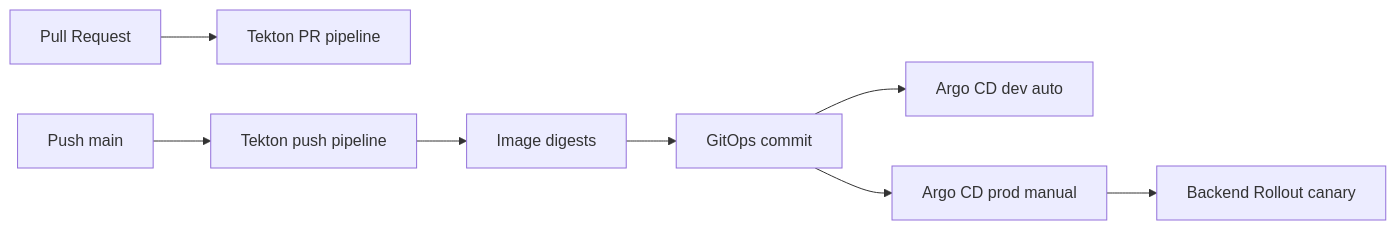
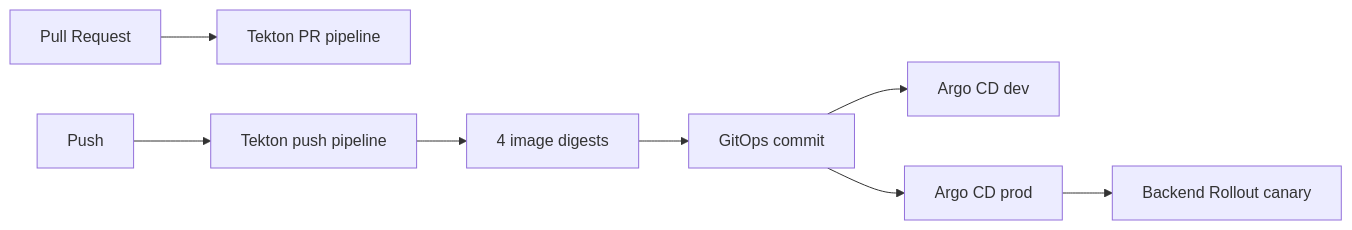
Before and after one commit to Lindagh1/packmate-agent: the second of 2 diagrams in docs/ARCHITECTURE.md, drawn with Mermaid. The commit also changed other lines of this file and 8 other files, not shown here.

````diff
--- a/docs/ARCHITECTURE.md
+++ b/docs/ARCHITECTURE.md
@@ -34,10 +60,10 @@
 ```mermaid
 flowchart LR
   PR[Pull Request] --> TektonPR[Tekton PR pipeline]
-  Push[Push main] --> TektonPush[Tekton push pipeline]
-  TektonPush --> Images[Image digests]
+  Push[Push] --> TektonPush[Tekton push pipeline]
+  TektonPush --> Images[4 image digests]
   Images --> GitOps[GitOps commit]
-  GitOps --> ArgoDev[Argo CD dev auto]
-  GitOps --> ArgoProd[Argo CD prod manual]
+  GitOps --> ArgoDev[Argo CD dev]
+  GitOps --> ArgoProd[Argo CD prod]
   ArgoProd --> Rollout[Backend Rollout canary]
 ```
````
